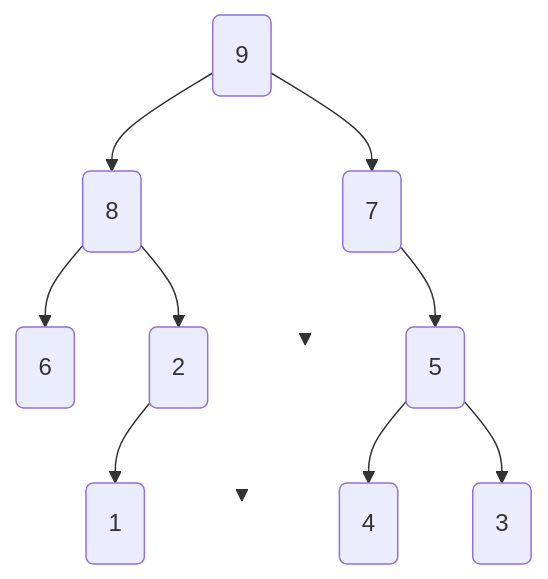
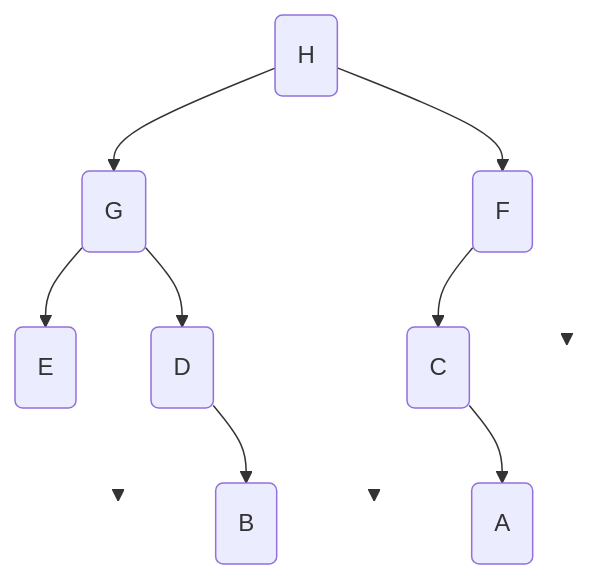
The diagram in docs/StructureDonnees/test.md (nsimeyroneinc/NSITerm2024), drawn with Mermaid before and after one commit. The commit also changed other lines of this file and 2 other files, not shown here.

````diff
--- a/docs/StructureDonnees/test.md
+++ b/docs/StructureDonnees/test.md
@@ -1,17 +1,19 @@
 ```mermaid
 graph TD  
-    A(9) --> B(8) 
-    B --> C(6)
-    B --> D(2)
-    A --> E(7)
-    D --> F(1)
-    D --> G(" ")
-    E --> H(" ")
-    E --> I(5)
-    I --> J(4)
-    I --> K(3)
+    H("H") --> G("G") 
+    G --> E("E")
+    G --> D("D")
+    H --> F("F")
+    F --> C("C")
+    F --> F1(" ")
+    D --> D1(" ")
+    D --> B("B")
+    C --> C1(" ")
+    C --> A("A")
     linkStyle 5 stroke-width:0px;
-    style G opacity:0;
+    style F1 opacity:0;
     linkStyle 6 stroke-width:0px;
-    style H opacity:0;
+    style D1 opacity:0;
+    linkStyle 8 stroke-width:0px;
+    style C1 opacity:0;
 ```
````
